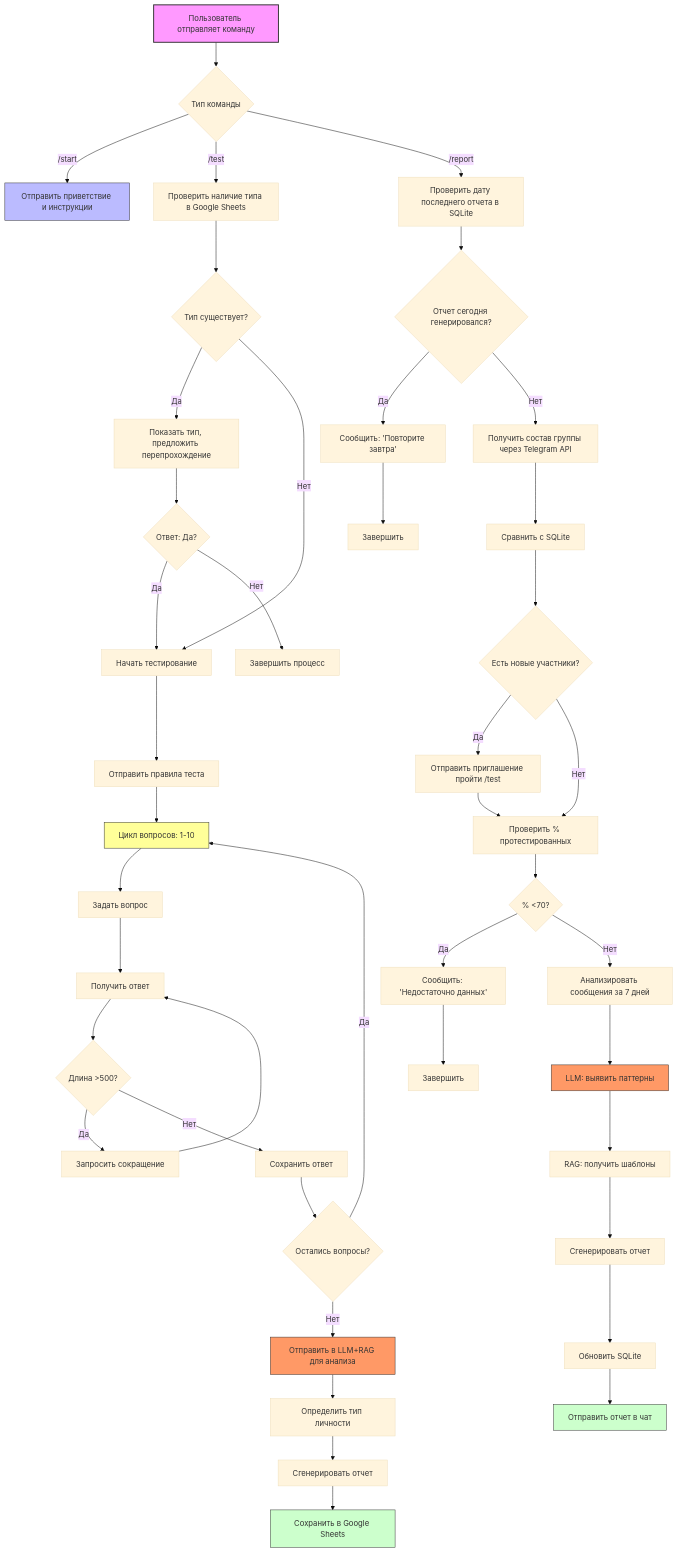
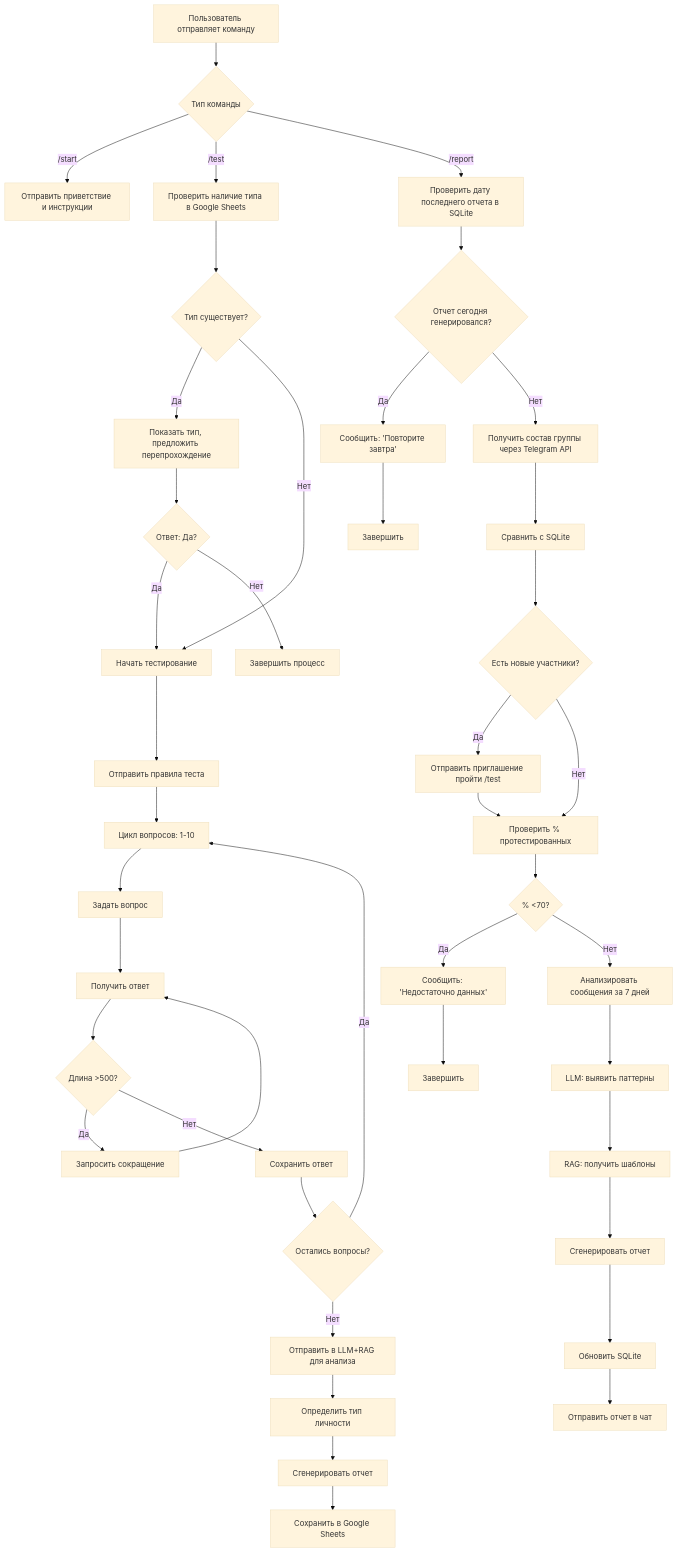
One commit to toxicneka/catlover changed the diagram in README.md. Above: the diagram before and after it, drawn with Mermaid (base theme).

````diff
--- a/README.md
+++ b/README.md
@@ -1,57 +1,49 @@
 ```mermaid
 graph TD
     A[Пользователь отправляет команду] --> B{Тип команды}
     B -->|/start| C[Отправить приветствие и инструкции]
     B -->|/test| D[Проверить наличие типа в Google Sheets]
     B -->|/report| E[Проверить дату последнего отчета в SQLite]
     
     %% /test branch
     D --> F{Тип существует?}
     F -->|Да| G[Показать тип, предложить перепрохождение]
     G --> H{Ответ: Да?}
     H -->|Да| I[Начать тестирование]
     H -->|Нет| J[Завершить процесс]
     F -->|Нет| I
     
     I --> K[Отправить правила теста]
     K --> L[Цикл вопросов: 1-10]
     L --> M[Задать вопрос]
     M --> N[Получить ответ]
     N --> O{Длина >500?}
     O -->|Да| P[Запросить сокращение] --> N
     O -->|Нет| Q[Сохранить ответ]
     Q --> R{Остались вопросы?}
     R -->|Да| L
     R -->|Нет| S[Отправить в LLM+RAG для анализа]
     S --> T[Определить тип личности]
     T --> U[Сгенерировать отчет]
     U --> V[Сохранить в Google Sheets]
     
     %% /report branch
     E --> W{Отчет сегодня генерировался?}
     W -->|Да| X[Сообщить: 'Повторите завтра'] --> Y[Завершить]
     W -->|Нет| Z[Получить состав группы через Telegram API]
     Z --> AA[Сравнить с SQLite]
     AA --> AB{Есть новые участники?}
     AB -->|Да| AC[Отправить приглашение пройти /test]
     AB -->|Нет| AD[Проверить % протестированных]
     AC --> AD
     
     AD --> AE{% <70?}
     AE -->|Да| AF[Сообщить: 'Недостаточно данных'] --> AG[Завершить]
     AE -->|Нет| AH[Анализировать сообщения за 7 дней]
     AH --> AI[LLM: выявить паттерны]
     AI --> AJ[RAG: получить шаблоны]
     AJ --> AK[Сгенерировать отчет]
     AK --> AL[Обновить SQLite]
     AL --> AM[Отправить отчет в чат]
     
-    %% Common elements
-    style A fill:#f9f,stroke:#333,stroke-width:2px
-    style C fill:#bbf,stroke:#333
-    style V fill:#cfc,stroke:#333
-    style AM fill:#cfc,stroke:#333
-    style L fill:#ff9,stroke:#333
-    style S fill:#f96,stroke:#333
-    style AI fill:#f96,stroke:#333
 ```
````
